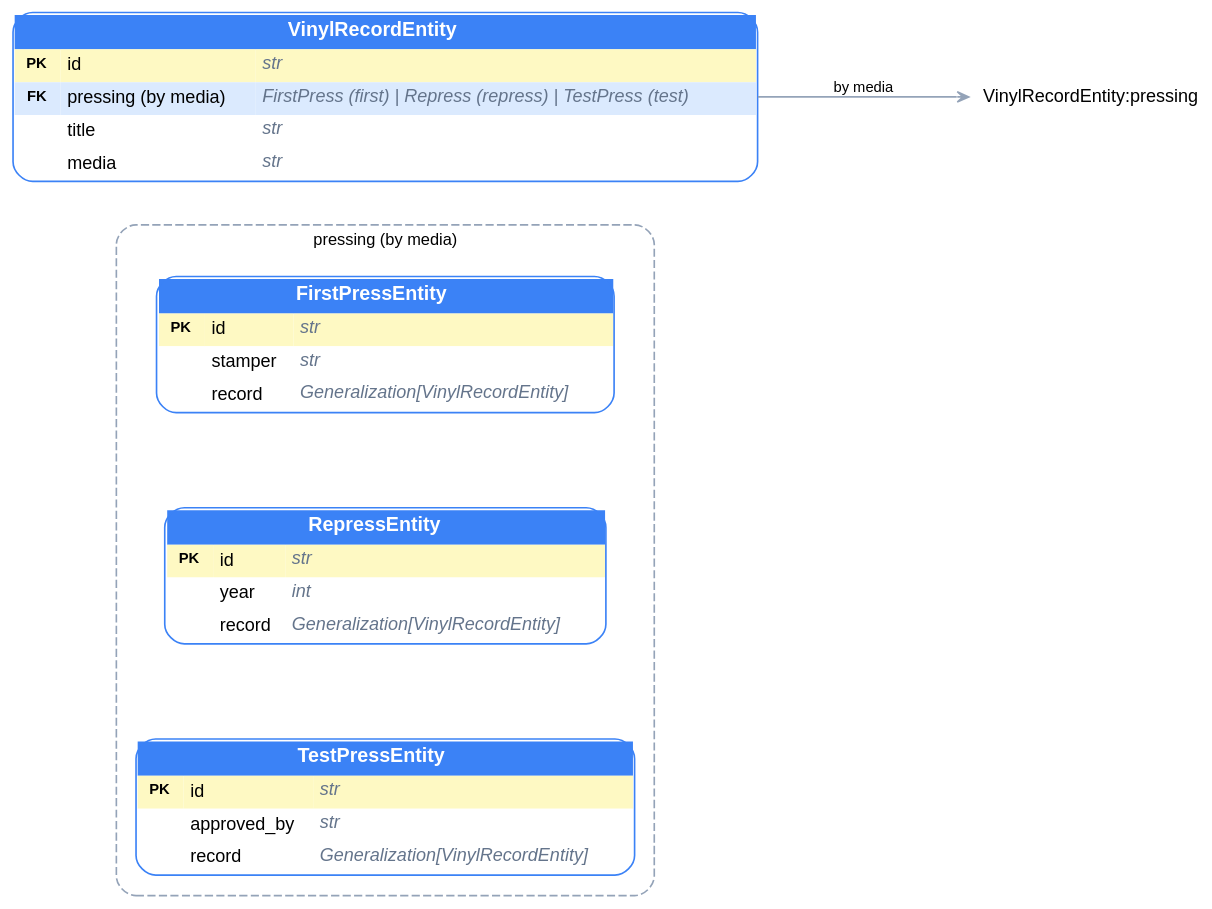
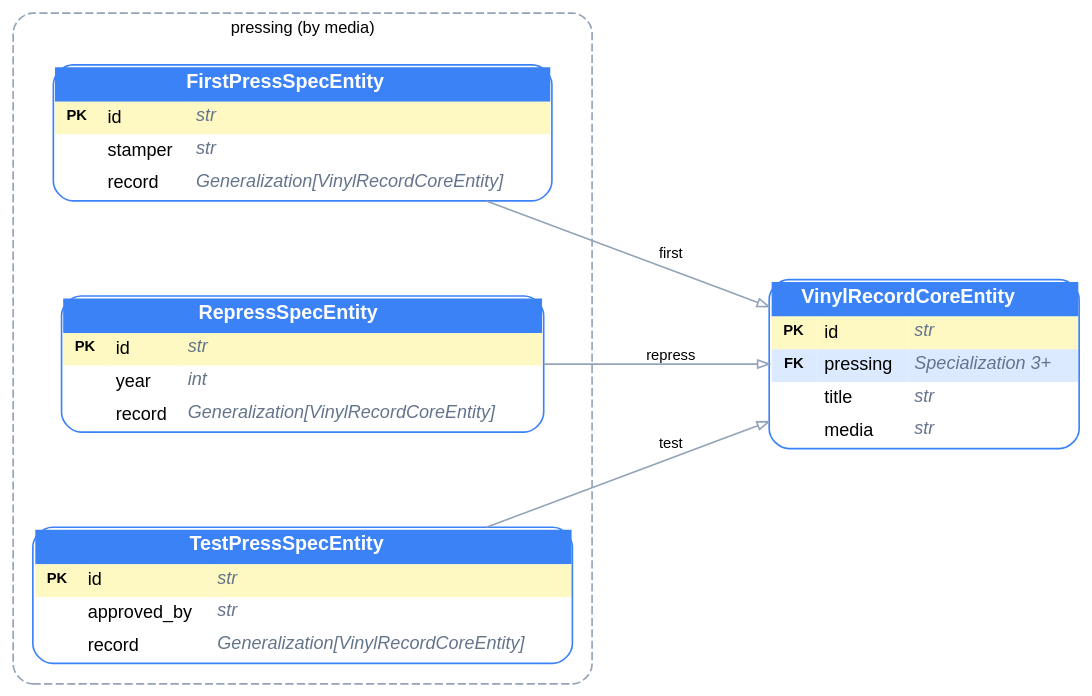
One commit to bystrovmaxim/aoa changed the diagram in examples/step_21_relations/02_specialization_erd.dot. Above: the diagram before and after it, drawn with Graphviz. The commit also changed 550 other files, not shown here.

```diff
--- a/examples/step_21_relations/02_specialization_erd.dot
+++ b/examples/step_21_relations/02_specialization_erd.dot
@@ -1,28 +1,30 @@
 digraph ERD {
   graph [rankdir=LR fontname="Helvetica" bgcolor=transparent pad="0.5" nodesep="0.8" ranksep="1.2"]
   node  [shape=none fontname="Helvetica" fontsize=11 margin="0"]
   edge  [fontname="Helvetica" fontsize=9 color="#94a3b8" arrowsize=0.7]
 
-  subgraph "cluster_VinylRecordEntity:pressing" {
+  subgraph "cluster_VinylRecordCoreEntity:pressing" {
     label="pressing (by media)";
     style="rounded,dashed";
     color="#94a3b8";
     fontsize=10;
     margin=12;
-  "FirstPressEntity" [label=<<TABLE BGCOLOR="white" BORDER="1" CELLBORDER="0" CELLSPACING="0" CELLPADDING="4" STYLE="ROUNDED" COLOR="#3b82f6"><TR><TD COLSPAN="3" BGCOLOR="#3b82f6" ALIGN="CENTER"><FONT COLOR="white" POINT-SIZE="12"><B>FirstPressEntity</B></FONT></TD></TR><TR><TD BGCOLOR="#fef9c3" ALIGN="CENTER" WIDTH="28"><FONT POINT-SIZE="9"><B>PK</B></FONT></TD><TD BGCOLOR="#fef9c3" ALIGN="LEFT">id</TD><TD BGCOLOR="#fef9c3" ALIGN="LEFT"><FONT COLOR="#64748b"><I>str</I></FONT></TD></TR>
+  "FirstPressSpecEntity" [label=<<TABLE BGCOLOR="white" BORDER="1" CELLBORDER="0" CELLSPACING="0" CELLPADDING="4" STYLE="ROUNDED" COLOR="#3b82f6"><TR><TD COLSPAN="3" BGCOLOR="#3b82f6" ALIGN="CENTER"><FONT COLOR="white" POINT-SIZE="12"><B>FirstPressSpecEntity</B></FONT></TD></TR><TR><TD BGCOLOR="#fef9c3" ALIGN="CENTER" WIDTH="28"><FONT POINT-SIZE="9"><B>PK</B></FONT></TD><TD BGCOLOR="#fef9c3" ALIGN="LEFT">id</TD><TD BGCOLOR="#fef9c3" ALIGN="LEFT"><FONT COLOR="#64748b"><I>str</I></FONT></TD></TR>
       <TR><TD BGCOLOR="#ffffff" WIDTH="28"></TD><TD BGCOLOR="#ffffff" ALIGN="LEFT">stamper</TD><TD BGCOLOR="#ffffff" ALIGN="LEFT"><FONT COLOR="#64748b"><I>str</I></FONT></TD></TR>
-      <TR><TD BGCOLOR="#ffffff" WIDTH="28"></TD><TD BGCOLOR="#ffffff" ALIGN="LEFT">record</TD><TD BGCOLOR="#ffffff" ALIGN="LEFT"><FONT COLOR="#64748b"><I>Generalization[VinylRecordEntity]</I></FONT></TD></TR></TABLE>>]
-  "RepressEntity" [label=<<TABLE BGCOLOR="white" BORDER="1" CELLBORDER="0" CELLSPACING="0" CELLPADDING="4" STYLE="ROUNDED" COLOR="#3b82f6"><TR><TD COLSPAN="3" BGCOLOR="#3b82f6" ALIGN="CENTER"><FONT COLOR="white" POINT-SIZE="12"><B>RepressEntity</B></FONT></TD></TR><TR><TD BGCOLOR="#fef9c3" ALIGN="CENTER" WIDTH="28"><FONT POINT-SIZE="9"><B>PK</B></FONT></TD><TD BGCOLOR="#fef9c3" ALIGN="LEFT">id</TD><TD BGCOLOR="#fef9c3" ALIGN="LEFT"><FONT COLOR="#64748b"><I>str</I></FONT></TD></TR>
+      <TR><TD BGCOLOR="#ffffff" WIDTH="28"></TD><TD BGCOLOR="#ffffff" ALIGN="LEFT">record</TD><TD BGCOLOR="#ffffff" ALIGN="LEFT"><FONT COLOR="#64748b"><I>Generalization[VinylRecordCoreEntity]</I></FONT></TD></TR></TABLE>>]
+  "RepressSpecEntity" [label=<<TABLE BGCOLOR="white" BORDER="1" CELLBORDER="0" CELLSPACING="0" CELLPADDING="4" STYLE="ROUNDED" COLOR="#3b82f6"><TR><TD COLSPAN="3" BGCOLOR="#3b82f6" ALIGN="CENTER"><FONT COLOR="white" POINT-SIZE="12"><B>RepressSpecEntity</B></FONT></TD></TR><TR><TD BGCOLOR="#fef9c3" ALIGN="CENTER" WIDTH="28"><FONT POINT-SIZE="9"><B>PK</B></FONT></TD><TD BGCOLOR="#fef9c3" ALIGN="LEFT">id</TD><TD BGCOLOR="#fef9c3" ALIGN="LEFT"><FONT COLOR="#64748b"><I>str</I></FONT></TD></TR>
       <TR><TD BGCOLOR="#ffffff" WIDTH="28"></TD><TD BGCOLOR="#ffffff" ALIGN="LEFT">year</TD><TD BGCOLOR="#ffffff" ALIGN="LEFT"><FONT COLOR="#64748b"><I>int</I></FONT></TD></TR>
-      <TR><TD BGCOLOR="#ffffff" WIDTH="28"></TD><TD BGCOLOR="#ffffff" ALIGN="LEFT">record</TD><TD BGCOLOR="#ffffff" ALIGN="LEFT"><FONT COLOR="#64748b"><I>Generalization[VinylRecordEntity]</I></FONT></TD></TR></TABLE>>]
-  "TestPressEntity" [label=<<TABLE BGCOLOR="white" BORDER="1" CELLBORDER="0" CELLSPACING="0" CELLPADDING="4" STYLE="ROUNDED" COLOR="#3b82f6"><TR><TD COLSPAN="3" BGCOLOR="#3b82f6" ALIGN="CENTER"><FONT COLOR="white" POINT-SIZE="12"><B>TestPressEntity</B></FONT></TD></TR><TR><TD BGCOLOR="#fef9c3" ALIGN="CENTER" WIDTH="28"><FONT POINT-SIZE="9"><B>PK</B></FONT></TD><TD BGCOLOR="#fef9c3" ALIGN="LEFT">id</TD><TD BGCOLOR="#fef9c3" ALIGN="LEFT"><FONT COLOR="#64748b"><I>str</I></FONT></TD></TR>
+      <TR><TD BGCOLOR="#ffffff" WIDTH="28"></TD><TD BGCOLOR="#ffffff" ALIGN="LEFT">record</TD><TD BGCOLOR="#ffffff" ALIGN="LEFT"><FONT COLOR="#64748b"><I>Generalization[VinylRecordCoreEntity]</I></FONT></TD></TR></TABLE>>]
+  "TestPressSpecEntity" [label=<<TABLE BGCOLOR="white" BORDER="1" CELLBORDER="0" CELLSPACING="0" CELLPADDING="4" STYLE="ROUNDED" COLOR="#3b82f6"><TR><TD COLSPAN="3" BGCOLOR="#3b82f6" ALIGN="CENTER"><FONT COLOR="white" POINT-SIZE="12"><B>TestPressSpecEntity</B></FONT></TD></TR><TR><TD BGCOLOR="#fef9c3" ALIGN="CENTER" WIDTH="28"><FONT POINT-SIZE="9"><B>PK</B></FONT></TD><TD BGCOLOR="#fef9c3" ALIGN="LEFT">id</TD><TD BGCOLOR="#fef9c3" ALIGN="LEFT"><FONT COLOR="#64748b"><I>str</I></FONT></TD></TR>
       <TR><TD BGCOLOR="#ffffff" WIDTH="28"></TD><TD BGCOLOR="#ffffff" ALIGN="LEFT">approved_by</TD><TD BGCOLOR="#ffffff" ALIGN="LEFT"><FONT COLOR="#64748b"><I>str</I></FONT></TD></TR>
-      <TR><TD BGCOLOR="#ffffff" WIDTH="28"></TD><TD BGCOLOR="#ffffff" ALIGN="LEFT">record</TD><TD BGCOLOR="#ffffff" ALIGN="LEFT"><FONT COLOR="#64748b"><I>Generalization[VinylRecordEntity]</I></FONT></TD></TR></TABLE>>]
+      <TR><TD BGCOLOR="#ffffff" WIDTH="28"></TD><TD BGCOLOR="#ffffff" ALIGN="LEFT">record</TD><TD BGCOLOR="#ffffff" ALIGN="LEFT"><FONT COLOR="#64748b"><I>Generalization[VinylRecordCoreEntity]</I></FONT></TD></TR></TABLE>>]
   }
-  "VinylRecordEntity" [label=<<TABLE BGCOLOR="white" BORDER="1" CELLBORDER="0" CELLSPACING="0" CELLPADDING="4" STYLE="ROUNDED" COLOR="#3b82f6"><TR><TD COLSPAN="3" BGCOLOR="#3b82f6" ALIGN="CENTER"><FONT COLOR="white" POINT-SIZE="12"><B>VinylRecordEntity</B></FONT></TD></TR><TR><TD BGCOLOR="#fef9c3" ALIGN="CENTER" WIDTH="28"><FONT POINT-SIZE="9"><B>PK</B></FONT></TD><TD BGCOLOR="#fef9c3" ALIGN="LEFT">id</TD><TD BGCOLOR="#fef9c3" ALIGN="LEFT"><FONT COLOR="#64748b"><I>str</I></FONT></TD></TR>
-      <TR><TD BGCOLOR="#dbeafe" ALIGN="CENTER" WIDTH="28"><FONT POINT-SIZE="9"><B>FK</B></FONT></TD><TD BGCOLOR="#dbeafe" ALIGN="LEFT">pressing (by media)</TD><TD BGCOLOR="#dbeafe" ALIGN="LEFT"><FONT COLOR="#64748b"><I>FirstPress (first) | Repress (repress) | TestPress (test)</I></FONT></TD></TR>
+  "VinylRecordCoreEntity" [label=<<TABLE BGCOLOR="white" BORDER="1" CELLBORDER="0" CELLSPACING="0" CELLPADDING="4" STYLE="ROUNDED" COLOR="#3b82f6"><TR><TD COLSPAN="3" BGCOLOR="#3b82f6" ALIGN="CENTER"><FONT COLOR="white" POINT-SIZE="12"><B>VinylRecordCoreEntity</B></FONT></TD></TR><TR><TD BGCOLOR="#fef9c3" ALIGN="CENTER" WIDTH="28"><FONT POINT-SIZE="9"><B>PK</B></FONT></TD><TD BGCOLOR="#fef9c3" ALIGN="LEFT">id</TD><TD BGCOLOR="#fef9c3" ALIGN="LEFT"><FONT COLOR="#64748b"><I>str</I></FONT></TD></TR>
+      <TR><TD BGCOLOR="#dbeafe" ALIGN="CENTER" WIDTH="28"><FONT POINT-SIZE="9"><B>FK</B></FONT></TD><TD BGCOLOR="#dbeafe" ALIGN="LEFT">pressing</TD><TD BGCOLOR="#dbeafe" ALIGN="LEFT" TOOLTIP="first → FirstPressSpecEntity&#10;repress → RepressSpecEntity&#10;test → TestPressSpecEntity"><FONT COLOR="#64748b"><I>Specialization 3+</I></FONT></TD></TR>
       <TR><TD BGCOLOR="#ffffff" WIDTH="28"></TD><TD BGCOLOR="#ffffff" ALIGN="LEFT">title</TD><TD BGCOLOR="#ffffff" ALIGN="LEFT"><FONT COLOR="#64748b"><I>str</I></FONT></TD></TR>
       <TR><TD BGCOLOR="#ffffff" WIDTH="28"></TD><TD BGCOLOR="#ffffff" ALIGN="LEFT">media</TD><TD BGCOLOR="#ffffff" ALIGN="LEFT"><FONT COLOR="#64748b"><I>str</I></FONT></TD></TR></TABLE>>]
 
-  "VinylRecordEntity" -> "VinylRecordEntity:pressing" [label="by media" fontsize=9 arrowhead=vee]
+  "FirstPressSpecEntity" -> "VinylRecordCoreEntity" [label="first" fontsize=9 arrowhead=empty]
+  "RepressSpecEntity" -> "VinylRecordCoreEntity" [label="repress" fontsize=9 arrowhead=empty]
+  "TestPressSpecEntity" -> "VinylRecordCoreEntity" [label="test" fontsize=9 arrowhead=empty]
 }
```
